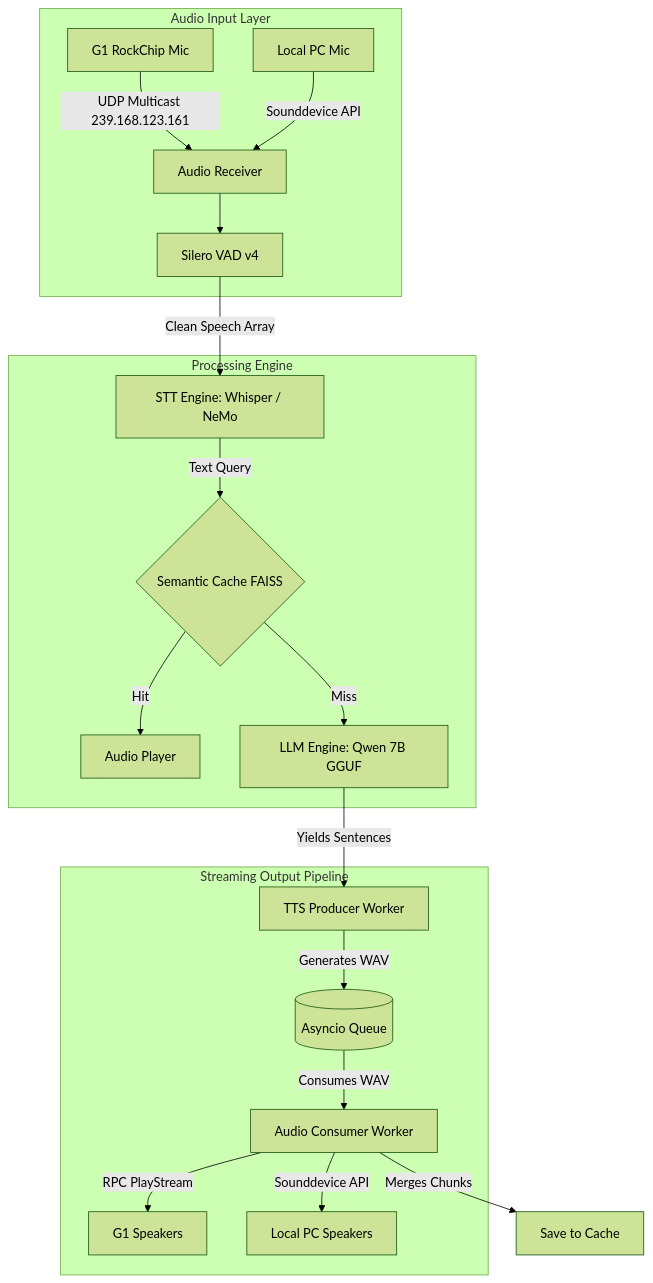
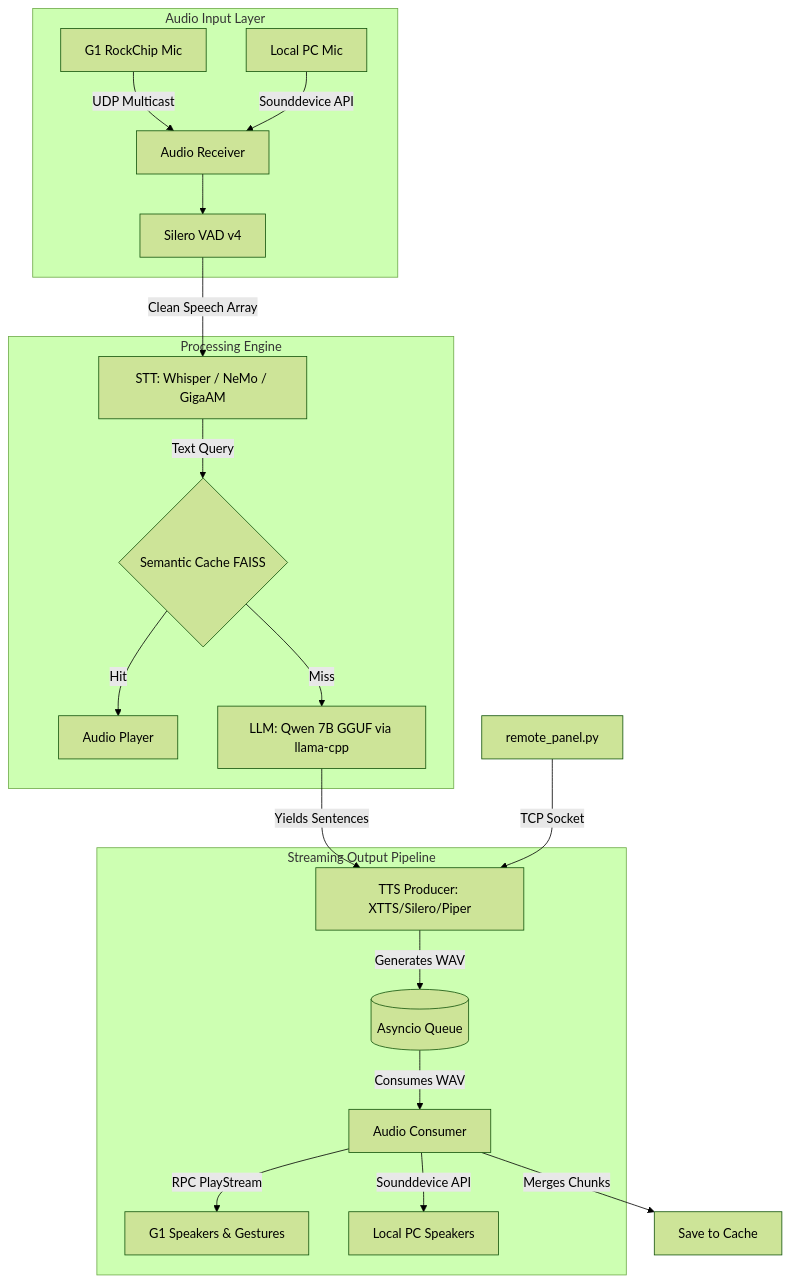
Before and after one commit to ArtZap/KuzmichAI-UnitreeG1: the diagram in README.md, drawn with Mermaid (forest theme). The commit also changed other lines of this file, not shown here.

````diff
--- a/README.md
+++ b/README.md
@@ -19,26 +19,27 @@
 ```mermaid
 graph TD
     subgraph Input [Audio Input Layer]
-        M1[G1 RockChip Mic] -- UDP Multicast 239.168.123.161 --> UDP[Audio Receiver]
+        M1[G1 RockChip Mic] -- UDP Multicast --> UDP[Audio Receiver]
         M2[Local PC Mic] -- Sounddevice API --> UDP
         UDP --> VAD[Silero VAD v4]
     end
 
     subgraph Core [Processing Engine]
-        VAD -- Clean Speech Array --> STT[STT Engine: Whisper / NeMo]
+        VAD -- Clean Speech Array --> STT[STT: Whisper / NeMo / GigaAM]
         STT -- Text Query --> Cache{Semantic Cache FAISS}
         Cache -- Hit --> Play[Audio Player]
-        Cache -- Miss --> LLM[LLM Engine: Qwen 7B GGUF]
+        Cache -- Miss --> LLM[LLM: Qwen 7B GGUF via llama-cpp]
     end
 
     subgraph AsyncPipeline [Streaming Output Pipeline]
-        LLM -- Yields Sentences --> Worker1[TTS Producer Worker]
+        LLM -- Yields Sentences --> Worker1[TTS Producer: XTTS/Silero/Piper]
         Worker1 -- Generates WAV --> Queue[(Asyncio Queue)]
-        Queue -- Consumes WAV --> Worker2[Audio Consumer Worker]
-        Worker2 -- RPC PlayStream --> Robot1[G1 Speakers]
+        Queue -- Consumes WAV --> Worker2[Audio Consumer]
+        Worker2 -- RPC PlayStream --> Robot1[G1 Speakers & Gestures]
         Worker2 -- Sounddevice API --> Robot2[Local PC Speakers]
     end
     
     Worker2 -- Merges Chunks --> CacheWrite[Save to Cache]
+    OpPanel[remote_panel.py] -- TCP Socket --> Worker1
 
 ```
````
